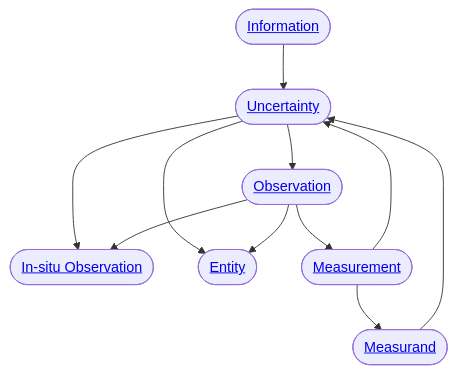
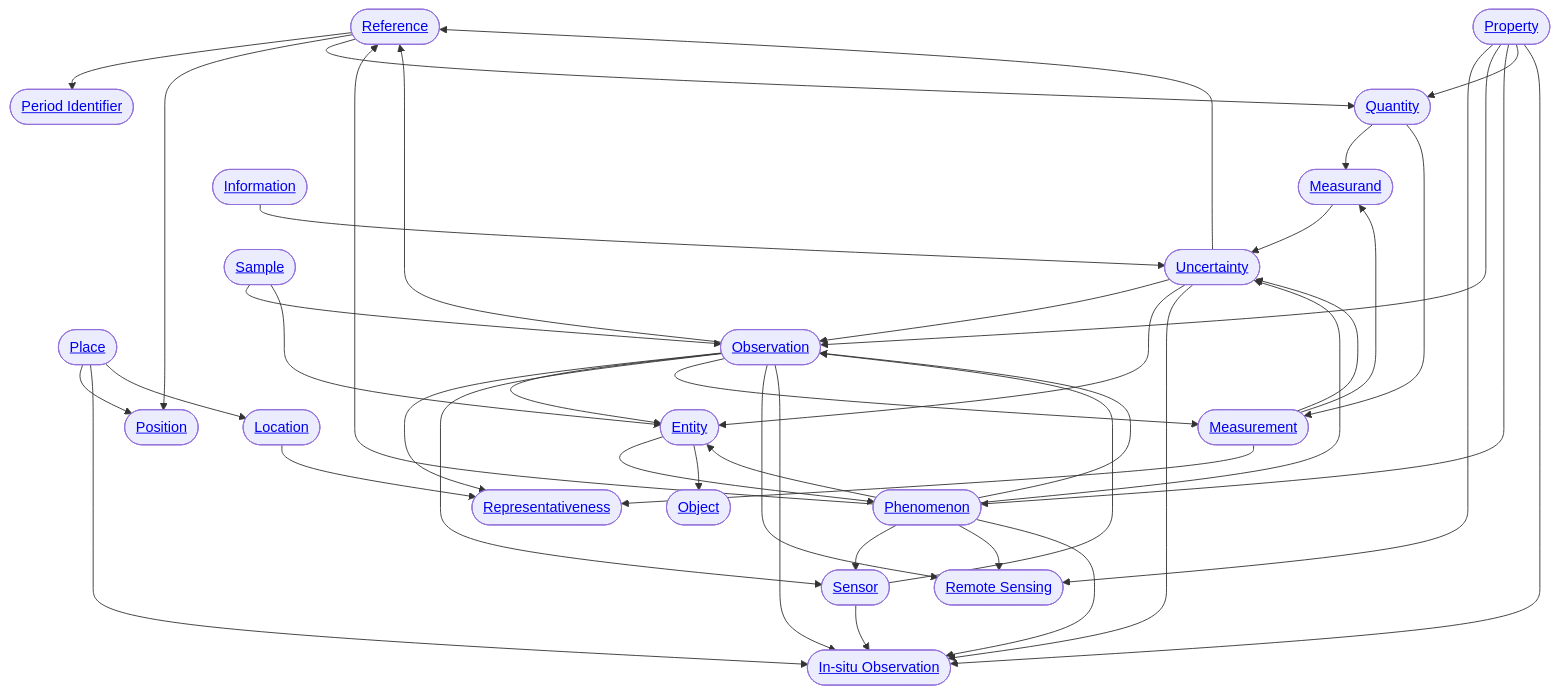
The diagram in docs/mermaid.md (do-me/kceo_glossary), drawn with Mermaid before and after one commit. The commit also changed 20 other files, not shown here.

````diff
--- a/docs/mermaid.md
+++ b/docs/mermaid.md
@@ -1,13 +1,46 @@
 ```mermaid
 flowchart TD;
+    id_place(["<a href='../place'>Place</a>"]) --> id_position(["<a href='../position'>Position</a>"]);
+    id_place(["<a href='../place'>Place</a>"]) --> id_in-situ_observation(["<a href='../in-situ_observation'>In-situ Observation</a>"]);
+    id_place(["<a href='../place'>Place</a>"]) --> id_location(["<a href='../location'>Location</a>"]);
+    id_reference(["<a href='../reference'>Reference</a>"]) --> id_period_identifier(["<a href='../period_identifier'>Period Identifier</a>"]);
+    id_reference(["<a href='../reference'>Reference</a>"]) --> id_position(["<a href='../position'>Position</a>"]);
+    id_reference(["<a href='../reference'>Reference</a>"]) --> id_quantity(["<a href='../quantity'>Quantity</a>"]);
+    id_phenomenon(["<a href='../phenomenon'>Phenomenon</a>"]) --> id_entity(["<a href='../entity'>Entity</a>"]);
+    id_phenomenon(["<a href='../phenomenon'>Phenomenon</a>"]) --> id_sensor(["<a href='../sensor'>Sensor</a>"]);
+    id_phenomenon(["<a href='../phenomenon'>Phenomenon</a>"]) --> id_reference(["<a href='../reference'>Reference</a>"]);
+    id_phenomenon(["<a href='../phenomenon'>Phenomenon</a>"]) --> id_remote_sensing(["<a href='../remote_sensing'>Remote Sensing</a>"]);
+    id_phenomenon(["<a href='../phenomenon'>Phenomenon</a>"]) --> id_uncertainty(["<a href='../uncertainty'>Uncertainty</a>"]);
+    id_phenomenon(["<a href='../phenomenon'>Phenomenon</a>"]) --> id_observation(["<a href='../observation'>Observation</a>"]);
+    id_phenomenon(["<a href='../phenomenon'>Phenomenon</a>"]) --> id_in-situ_observation(["<a href='../in-situ_observation'>In-situ Observation</a>"]);
     id_uncertainty(["<a href='../uncertainty'>Uncertainty</a>"]) --> id_observation(["<a href='../observation'>Observation</a>"]);
+    id_uncertainty(["<a href='../uncertainty'>Uncertainty</a>"]) --> id_reference(["<a href='../reference'>Reference</a>"]);
+    id_uncertainty(["<a href='../uncertainty'>Uncertainty</a>"]) --> id_entity(["<a href='../entity'>Entity</a>"]);
     id_uncertainty(["<a href='../uncertainty'>Uncertainty</a>"]) --> id_in-situ_observation(["<a href='../in-situ_observation'>In-situ Observation</a>"]);
-    id_uncertainty(["<a href='../uncertainty'>Uncertainty</a>"]) --> id_entity(["<a href='../entity'>Entity</a>"]);
+    id_observation(["<a href='../observation'>Observation</a>"]) --> id_representativeness(["<a href='../representativeness'>Representativeness</a>"]);
+    id_observation(["<a href='../observation'>Observation</a>"]) --> id_entity(["<a href='../entity'>Entity</a>"]);
+    id_observation(["<a href='../observation'>Observation</a>"]) --> id_sensor(["<a href='../sensor'>Sensor</a>"]);
+    id_observation(["<a href='../observation'>Observation</a>"]) --> id_reference(["<a href='../reference'>Reference</a>"]);
+    id_observation(["<a href='../observation'>Observation</a>"]) --> id_measurement(["<a href='../measurement'>Measurement</a>"]);
+    id_observation(["<a href='../observation'>Observation</a>"]) --> id_remote_sensing(["<a href='../remote_sensing'>Remote Sensing</a>"]);
     id_observation(["<a href='../observation'>Observation</a>"]) --> id_in-situ_observation(["<a href='../in-situ_observation'>In-situ Observation</a>"]);
-    id_observation(["<a href='../observation'>Observation</a>"]) --> id_measurement(["<a href='../measurement'>Measurement</a>"]);
-    id_observation(["<a href='../observation'>Observation</a>"]) --> id_entity(["<a href='../entity'>Entity</a>"]);
+    id_sample(["<a href='../sample'>Sample</a>"]) --> id_observation(["<a href='../observation'>Observation</a>"]);
+    id_sample(["<a href='../sample'>Sample</a>"]) --> id_entity(["<a href='../entity'>Entity</a>"]);
+    id_measurement(["<a href='../measurement'>Measurement</a>"]) --> id_uncertainty(["<a href='../uncertainty'>Uncertainty</a>"]);
+    id_measurement(["<a href='../measurement'>Measurement</a>"]) --> id_representativeness(["<a href='../representativeness'>Representativeness</a>"]);
     id_measurement(["<a href='../measurement'>Measurement</a>"]) --> id_measurand(["<a href='../measurand'>Measurand</a>"]);
-    id_measurement(["<a href='../measurement'>Measurement</a>"]) --> id_uncertainty(["<a href='../uncertainty'>Uncertainty</a>"]);
     id_measurand(["<a href='../measurand'>Measurand</a>"]) --> id_uncertainty(["<a href='../uncertainty'>Uncertainty</a>"]);
     id_information(["<a href='../information'>Information</a>"]) --> id_uncertainty(["<a href='../uncertainty'>Uncertainty</a>"]);
+    id_property(["<a href='../property'>Property</a>"]) --> id_remote_sensing(["<a href='../remote_sensing'>Remote Sensing</a>"]);
+    id_property(["<a href='../property'>Property</a>"]) --> id_observation(["<a href='../observation'>Observation</a>"]);
+    id_property(["<a href='../property'>Property</a>"]) --> id_phenomenon(["<a href='../phenomenon'>Phenomenon</a>"]);
+    id_property(["<a href='../property'>Property</a>"]) --> id_quantity(["<a href='../quantity'>Quantity</a>"]);
+    id_property(["<a href='../property'>Property</a>"]) --> id_in-situ_observation(["<a href='../in-situ_observation'>In-situ Observation</a>"]);
+    id_entity(["<a href='../entity'>Entity</a>"]) --> id_phenomenon(["<a href='../phenomenon'>Phenomenon</a>"]);
+    id_entity(["<a href='../entity'>Entity</a>"]) --> id_object(["<a href='../object'>Object</a>"]);
+    id_quantity(["<a href='../quantity'>Quantity</a>"]) --> id_measurand(["<a href='../measurand'>Measurand</a>"]);
+    id_quantity(["<a href='../quantity'>Quantity</a>"]) --> id_measurement(["<a href='../measurement'>Measurement</a>"]);
+    id_sensor(["<a href='../sensor'>Sensor</a>"]) --> id_observation(["<a href='../observation'>Observation</a>"]);
+    id_sensor(["<a href='../sensor'>Sensor</a>"]) --> id_in-situ_observation(["<a href='../in-situ_observation'>In-situ Observation</a>"]);
+    id_location(["<a href='../location'>Location</a>"]) --> id_representativeness(["<a href='../representativeness'>Representativeness</a>"]);
 ```
````
